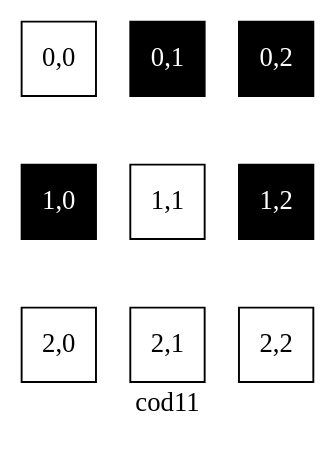
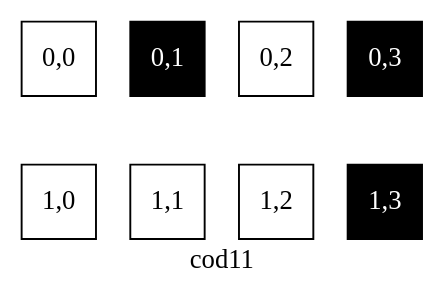
One commit to Low-Chocs/IPC2_Proyecto1_202010770 changed the diagram in lista.dot. Above: the diagram before and after it, drawn with Graphviz. The commit also changed 10 other files, not shown here.

```diff
--- a/lista.dot
+++ b/lista.dot
@@ -1,20 +1,17 @@
 digraph{ 
 label=cod11
 edge[dir="none" style=invisible]
 	0[label="0,0",shape=square,style=filled, fillcolor=white,fontcolor=black];
 	1[label="0,1",shape=square,style=filled, fillcolor=black, group=1,fontcolor=white];
-	2[label="0,2",shape=square,style=filled, fillcolor=black, group=2,fontcolor=white];
-	3[label="1,0",shape=square,style=filled, fillcolor=black, group=0,fontcolor=white];
-	4[label="1,1",shape=square,style=filled, fillcolor=white, group=1,fontcolor=black];
-	5[label="1,2",shape=square,style=filled, fillcolor=black, group=2,fontcolor=white];
-	6[label="2,0",shape=square,style=filled, fillcolor=white, group=0,fontcolor=black];
-	7[label="2,1",shape=square,style=filled, fillcolor=white, group=1,fontcolor=black];
-	8[label="2,2",shape=square,style=filled, fillcolor=white, group=2,fontcolor=black];
-0->1->2
-0->3->4->5
-3->6->7->8
+	2[label="0,2",shape=square,style=filled, fillcolor=white, group=2,fontcolor=black];
+	3[label="0,3",shape=square,style=filled, fillcolor=black, group=3,fontcolor=white];
+	4[label="1,0",shape=square,style=filled, fillcolor=white, group=0,fontcolor=black];
+	5[label="1,1",shape=square,style=filled, fillcolor=white, group=1,fontcolor=black];
+	6[label="1,2",shape=square,style=filled, fillcolor=white, group=2,fontcolor=black];
+	7[label="1,3",shape=square,style=filled, fillcolor=black, group=3,fontcolor=white];
+0->1->2->3
+0->4->5->6->7
 
-{rank = same;0;1;2;}
-{rank = same;3;4;5;}
-{rank = same;6;7;8;}
+{rank = same;0;1;2;3;}
+{rank = same;4;5;6;7;}
 }
```
